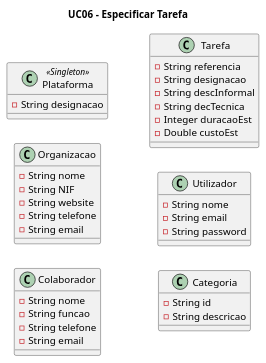
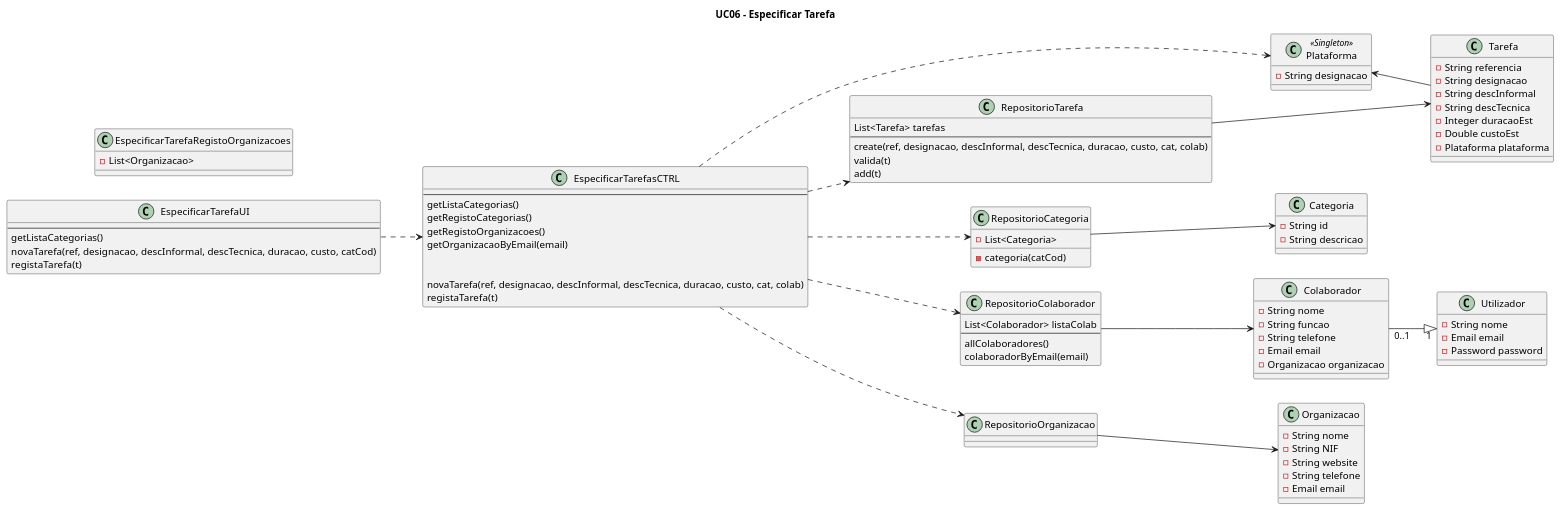
The diagram in Sprint 2/UC06_Especificar_Tarefa/UC06_Especificar_Tarefa_Diagrama_Classes.puml (blestonbandeiraUPSKILL/upskill_java1_labprg_grupo2), drawn with PlantUML before and after one commit. The commit also changed 8 other files, not shown here.

Commit message:
UC06 - diagrama classes

```diff
--- a/Sprint 2/UC06_Especificar_Tarefa/UC06_Especificar_Tarefa_Diagrama_Classes.puml
+++ b/Sprint 2/UC06_Especificar_Tarefa/UC06_Especificar_Tarefa_Diagrama_Classes.puml
@@ -1,47 +1,102 @@
 @startuml
 
 title UC06 - Especificar Tarefa
 left to right direction
 
 class Plataforma <<Singleton>> {
     -String designacao
 }
 
+class EspecificarTarefaUI {
+    --
+    getListaCategorias()
+    novaTarefa(ref, designacao, descInformal, descTecnica, duracao, custo, catCod)
+    registaTarefa(t)
+}
+
+class EspecificarTarefasCTRL {
+    --
+    getListaCategorias()
+    getRegistoCategorias()
+    getRegistoOrganizacoes()
+    getOrganizacaoByEmail(email)
+    
+
+    novaTarefa(ref, designacao, descInformal, descTecnica, duracao, custo, cat, colab)
+    registaTarefa(t)
+}
+
+class RepositorioTarefa {
+    List<Tarefa> tarefas
+    --
+    create(ref, designacao, descInformal, descTecnica, duracao, custo, cat, colab)
+    valida(t)
+    add(t)
+}
+
+class RepositorioCategoria {
+    -List<Categoria>
+    -categoria(catCod)
+}
+
+class EspecificarTarefaRegistoOrganizacoes {
+    -List<Organizacao>
+}
+
+class RepositorioColaborador {
+    List<Colaborador> listaColab
+    --
+    allColaboradores()
+    colaboradorByEmail(email)
+}
+
 class Organizacao {
     -String nome
     -String NIF
     -String website
     -String telefone
-    -String email
+    -Email email
 }
 
 class Colaborador {
     -String nome
     -String funcao
     -String telefone
-    -String email
+    -Email email
+    -Organizacao organizacao
 }
 
 class Tarefa {
     -String referencia
     -String designacao
     -String descInformal
-    -String decTecnica
+    -String descTecnica
     -Integer duracaoEst
     -Double custoEst
+    -Plataforma plataforma
 }
 
 class Utilizador {
     -String nome
-    -String email
-    -String password
+    -Email email
+    -Password password
 }
 
 class Categoria {
     -String id
     -String descricao
 }
 
-
-
+Colaborador"0..1" --|> "1"Utilizador
+EspecificarTarefaUI ..> EspecificarTarefasCTRL
+EspecificarTarefasCTRL ..> Plataforma
+EspecificarTarefasCTRL ..> RepositorioCategoria
+EspecificarTarefasCTRL ..> RepositorioTarefa
+EspecificarTarefasCTRL ..> RepositorioOrganizacao
+RepositorioOrganizacao --> Organizacao
+EspecificarTarefasCTRL ..> RepositorioColaborador
+RepositorioColaborador --> Colaborador
+RepositorioTarefa ---> Tarefa
+RepositorioCategoria --> Categoria
+Plataforma <-- Tarefa
 @enduml
```
